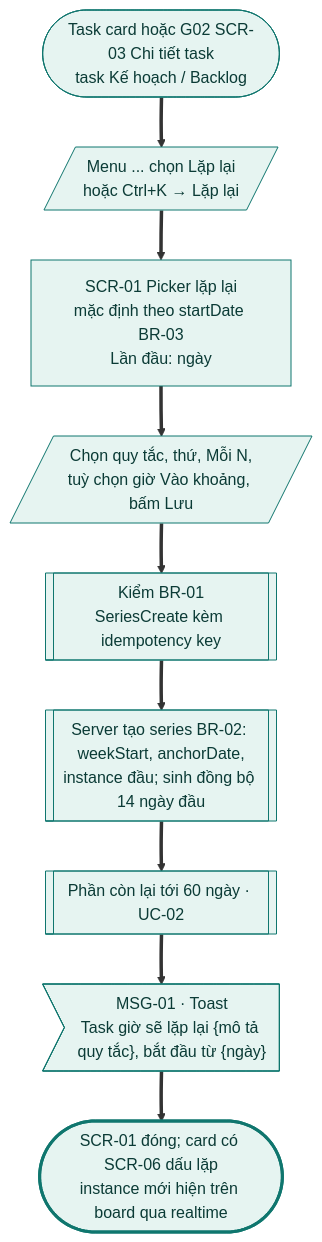
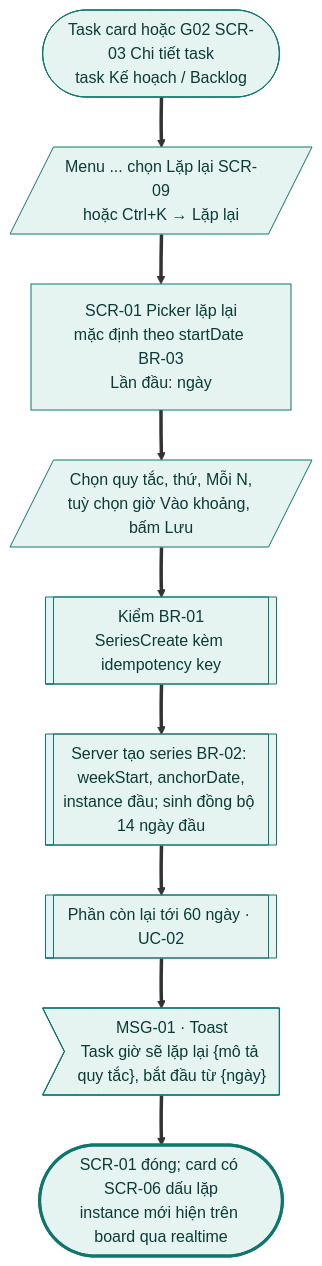
Before and after one commit to tannguyenho/personal-app: the first of 19 diagrams in docs/design-brief/flow/g03-task-lap-lai.md, drawn with Mermaid. The commit also changed other lines of this file and 8 other files, not shown here.

````diff
--- a/docs/design-brief/flow/g03-task-lap-lai.md
+++ b/docs/design-brief/flow/g03-task-lap-lai.md
@@ -26,26 +26,26 @@
 ```mermaid
 flowchart TD
   start(["Task card hoặc G02 SCR-03 Chi tiết task<br/>task Kế hoạch / Backlog"])
-  u1[/"Menu ... chọn Lặp lại<br/>hoặc Ctrl+K → Lặp lại"/]
+  u1[/"Menu ... chọn Lặp lại SCR-09<br/>hoặc Ctrl+K → Lặp lại"/]
   s1["SCR-01 Picker lặp lại<br/>mặc định theo startDate BR-03<br/>Lần đầu: ngày"]
   u2[/"Chọn quy tắc, thứ, Mỗi N,<br/>tuỳ chọn giờ Vào khoảng, bấm Lưu"/]
   p1[["Kiểm BR-01<br/>SeriesCreate kèm idempotency key"]]
   p2[["Server tạo series BR-02: weekStart, anchorDate,<br/>instance đầu; sinh đồng bộ 14 ngày đầu"]]
   p3[["Phần còn lại tới 60 ngày · UC-02"]]
   m1>"MSG-01 · Toast<br/>Task giờ sẽ lặp lại {mô tả quy tắc}, bắt đầu từ {ngày}"]
   ok(["SCR-01 đóng; card có SCR-06 dấu lặp<br/>instance mới hiện trên board qua realtime"])
 
   start ==> u1 ==> s1 ==> u2 ==> p1 ==> p2 ==> p3 ==> m1 ==> ok
 
   class start,u1,s1,u2,p1,p2,p3,m1 happy
   class ok done
   classDef happy fill:#E6F4F1,stroke:#0F766E,color:#0B3B36
   classDef alt fill:#F1F3F5,stroke:#6B7280,color:#1F2937
   classDef err fill:#FDECEC,stroke:#B42318,color:#5C1010
   classDef warn fill:#FEF4E2,stroke:#B45309,color:#4A2604
   classDef ai fill:#F1ECFD,stroke:#6D28D9,color:#2E1065
   classDef sync fill:#FFFFFF,stroke:#6B7280,stroke-dasharray:4 3,color:#1F2937
   classDef link fill:#FFFFFF,stroke:#0F766E,stroke-dasharray:4 3,color:#0B3B36
   classDef done fill:#E6F4F1,stroke:#0F766E,stroke-width:3px,color:#0B3B36
   classDef fail fill:#FDECEC,stroke:#B42318,stroke-width:3px,color:#5C1010
 ```
````
